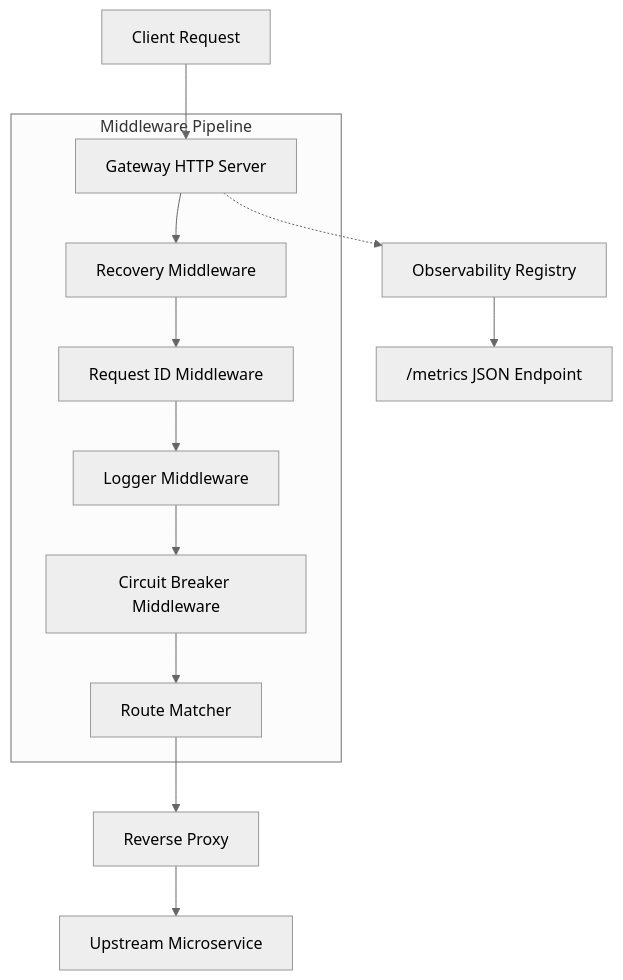
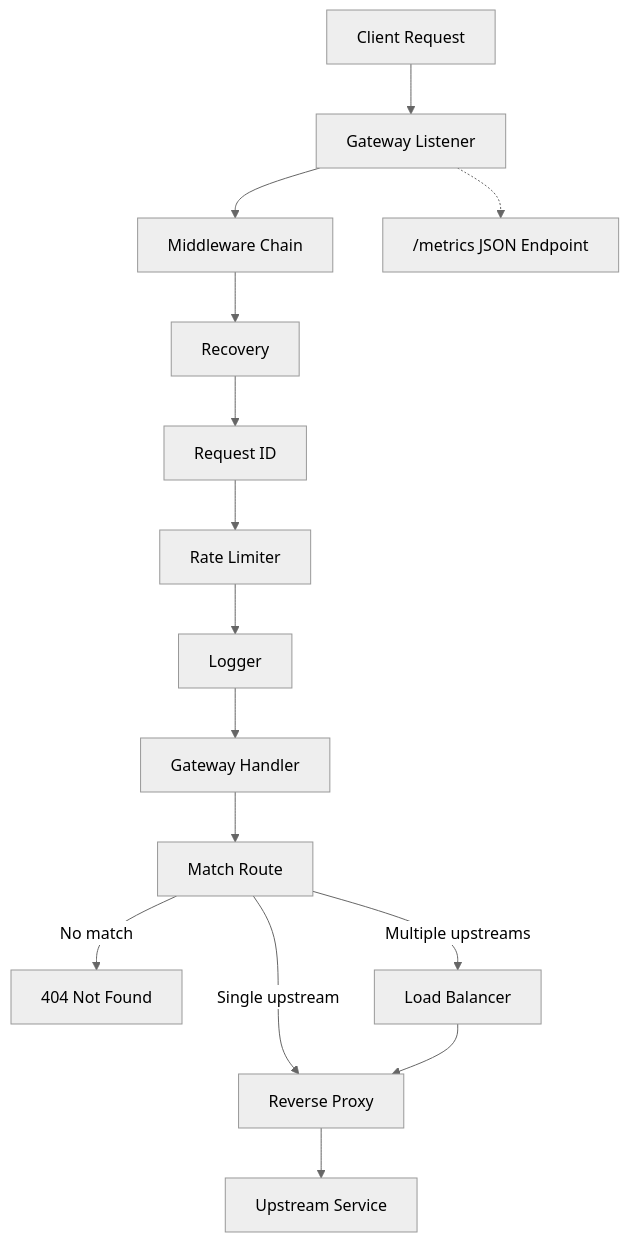
Before and after one commit to jhanvi857/Vexor: the first of 2 diagrams in README.md, drawn with Mermaid (neutral theme). The commit also changed other lines of this file, not shown here.

````diff
--- a/README.md
+++ b/README.md
@@ -11,16 +7,19 @@
 ```mermaid
 flowchart TD
-    Client[Client Request] --> Gateway[Gateway HTTP Server]
-    subgraph Pipeline [Middleware Pipeline]
-        Gateway --> Recovery[Recovery Middleware]
-        Recovery --> RequestID[Request ID Middleware]
-        RequestID --> Logging[Logger Middleware]
-        Logging --> Breaker[Circuit Breaker Middleware]
-        Breaker --> Router[Route Matcher]
-    end
-    Router --> Proxy[Reverse Proxy]
-    Proxy --> Upstream[Upstream Microservice]
-    
-    Gateway -.-> Registry[Observability Registry]
-    Registry --> Metrics["/metrics JSON Endpoint"]
+    Client[Client Request] --> Server[Gateway Listener]
+    Server --> MW[Middleware Chain]
+    MW --> Recovery[Recovery]
+    Recovery --> RequestID[Request ID]
+    RequestID --> RateLimit[Rate Limiter]
+    RateLimit --> Logger[Logger]
+    Logger --> Handler[Gateway Handler]
+    Handler --> Route[Match Route]
+
+    Route -->|No match| NotFound[404 Not Found]
+    Route -->|Single upstream| Proxy[Reverse Proxy]
+    Route -->|Multiple upstreams| Balancer[Load Balancer]
+    Balancer --> Proxy
+    Proxy --> Upstream[Upstream Service]
+
+    Server -.-> Metrics["/metrics JSON Endpoint"]
 ```
````
